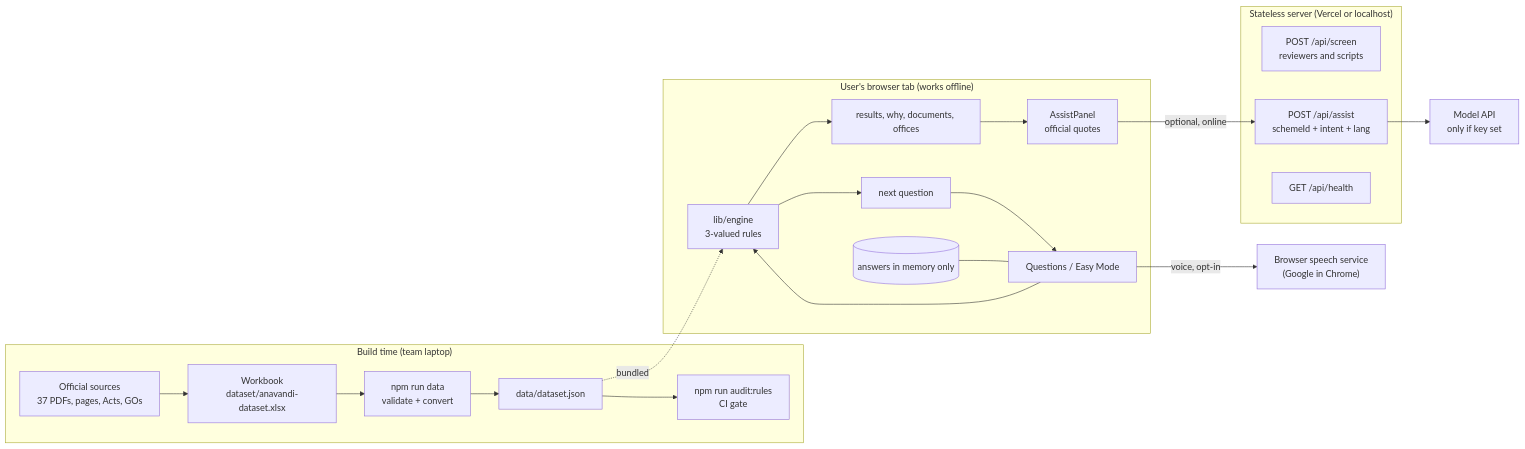
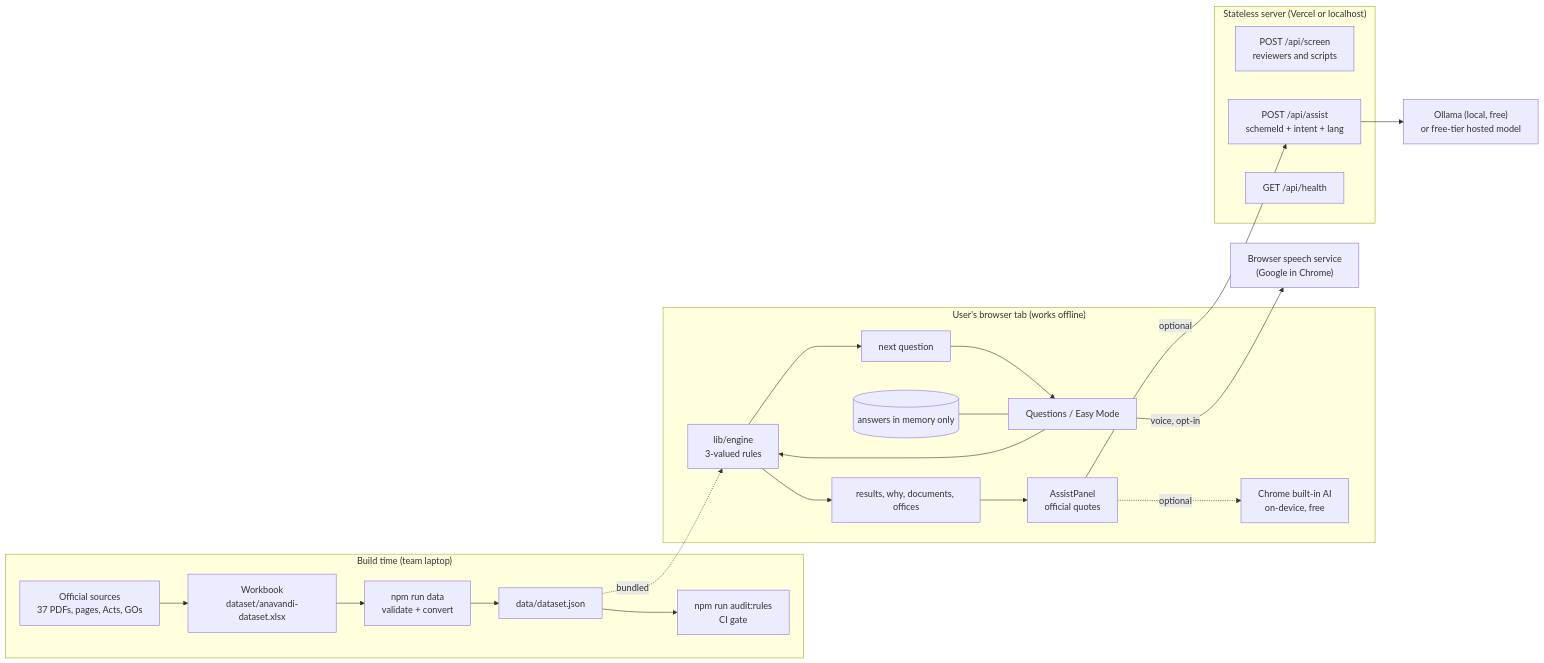
Before and after one commit to hxr4/welfarenavigator: the diagram in README.md, drawn with Mermaid. The commit also changed other lines of this file and 12 other files, not shown here.

First line of the commit message:
AI helper runs on free models: Chrome on-device AI, local Ollama, or any OpenAI-compatible free tier

````diff
--- a/README.md
+++ b/README.md
@@ -33,24 +33,25 @@
 ```mermaid
 flowchart LR
   subgraph Build["Build time (team laptop)"]
     SRC["Official sources<br/>37 PDFs, pages, Acts, GOs"] --> WB["Workbook<br/>dataset/anavandi-dataset.xlsx"]
     WB --> BD["npm run data<br/>validate + convert"]
     BD --> DJ["data/dataset.json"]
     DJ --> AU["npm run audit:rules<br/>CI gate"]
   end
   subgraph Browser["User's browser tab (works offline)"]
     UI["Questions / Easy Mode"] --> ENG["lib/engine<br/>3-valued rules"]
     DJ -. bundled .-> ENG
     ENG --> NQ["next question"] --> UI
     ENG --> RES["results, why, documents, offices"]
     RES --> AP["AssistPanel<br/>official quotes"]
+    AP -. "optional" .-> NANO["Chrome built-in AI<br/>on-device, free"]
     MEM[("answers in memory only")] --- UI
   end
   subgraph Server["Stateless server (Vercel or localhost)"]
     SCR["POST /api/screen<br/>reviewers and scripts"]
     AS["POST /api/assist<br/>schemeId + intent + lang"]
     HL["GET /api/health"]
   end
-  AP -- "optional, online" --> AS --> LLM["Model API<br/>only if key set"]
+  AP -- "optional" --> AS --> LLM["Ollama (local, free)<br/>or free-tier hosted model"]
   UI -- "voice, opt-in" --> STT["Browser speech service<br/>(Google in Chrome)"]
 ```
````
